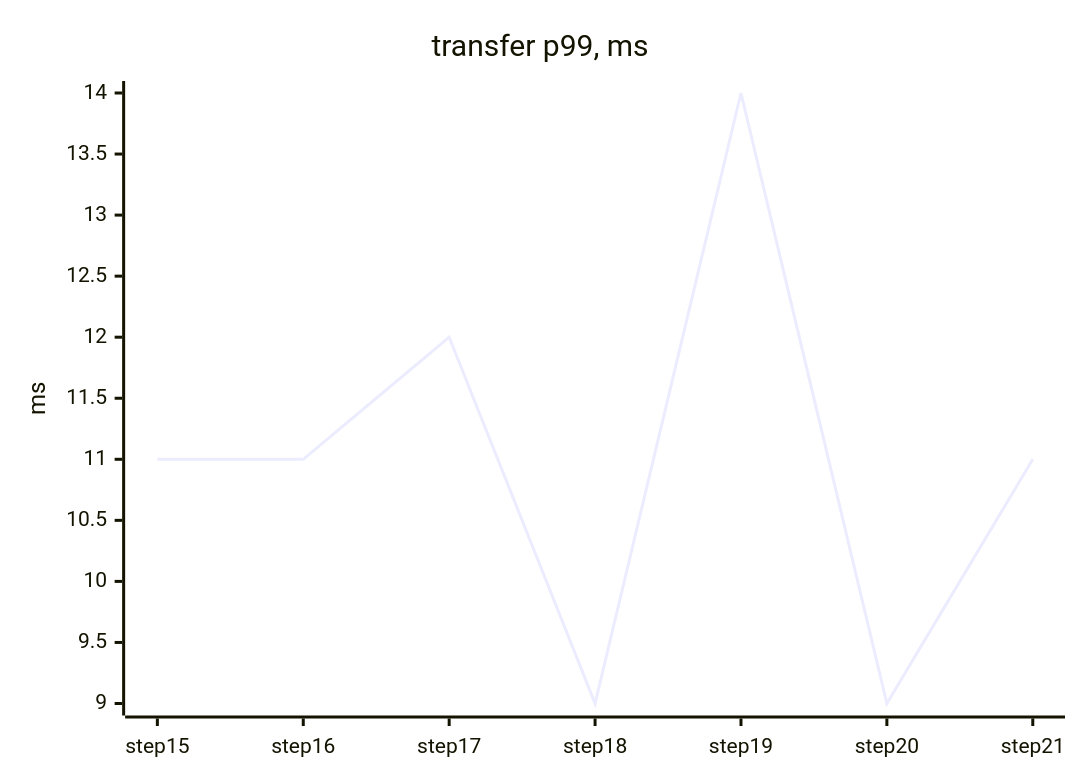
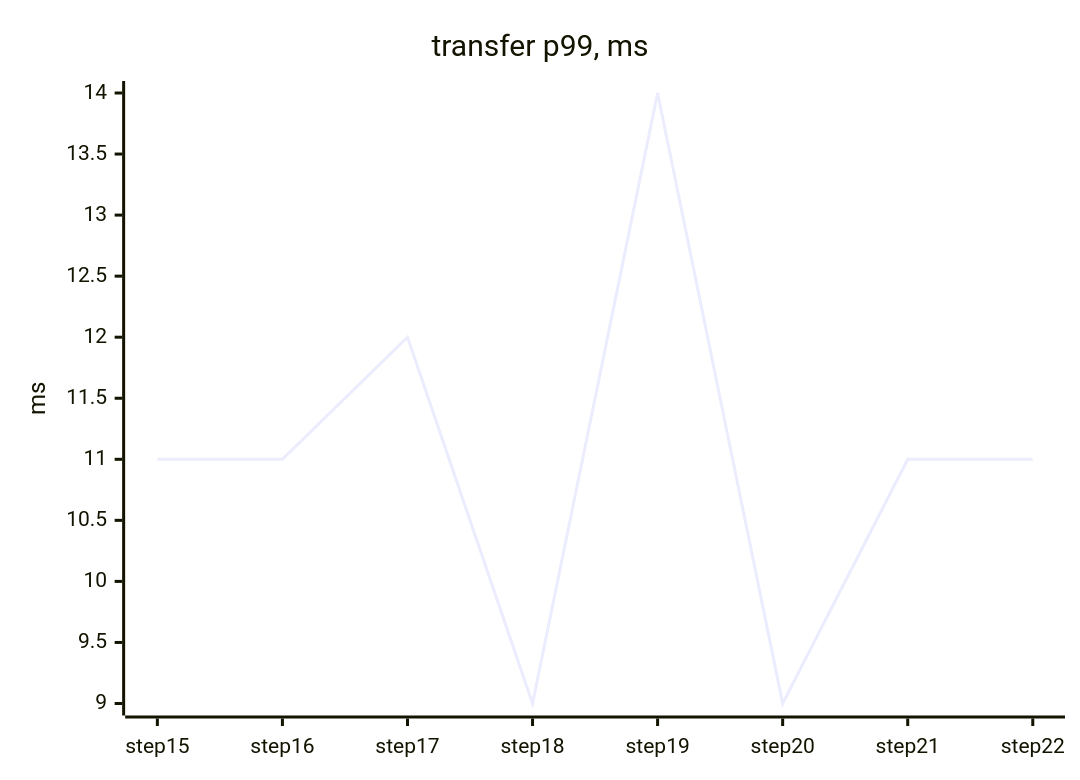
The first of 4 diagrams in docs/perf/README.md (tanvoid0/ledgerflow), drawn with Mermaid before and after one commit. The commit also changed other lines of this file and 4 other files, not shown here.

````diff
--- a/docs/perf/README.md
+++ b/docs/perf/README.md
@@ -24,7 +25,7 @@
 ```mermaid
 xychart-beta
     title "transfer p99, ms"
-    x-axis ["step15", "step16", "step17", "step18", "step19", "step20", "step21"]
+    x-axis ["step15", "step16", "step17", "step18", "step19", "step20", "step21", "step22"]
     y-axis "ms"
-    line [11, 11, 12, 9, 14, 9, 11]
+    line [11, 11, 12, 9, 14, 9, 11, 11]
 ```
````
